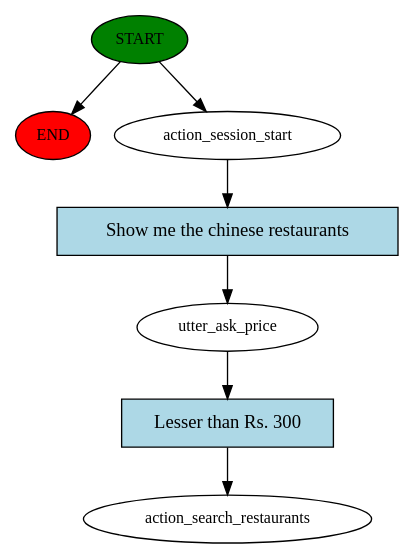
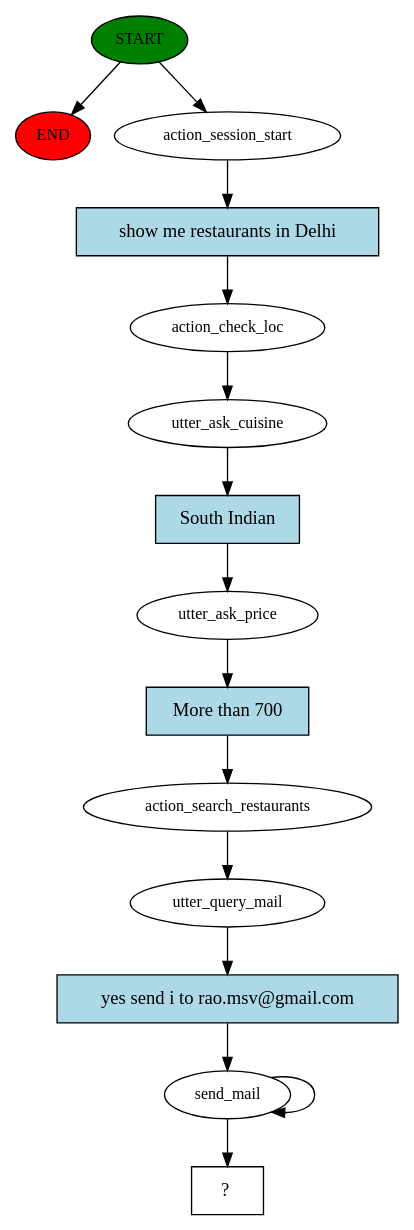
The diagram in story_graph.dot (pani007/ChatBotRasa), drawn with Graphviz before and after one commit. The commit also changed 2 other files, not shown here.

Commit message:
active model

```diff
--- a/story_graph.dot
+++ b/story_graph.dot
@@ -1,15 +1,30 @@
 digraph  {
 0 [class="start active", fillcolor=green, fontsize=12, label=START, style=filled];
 "-1" [class=end, fillcolor=red, fontsize=12, label=END, style=filled];
 1 [class=active, fontsize=12, label=action_session_start];
-2 [class=active, fontsize=12, label=utter_ask_price];
-3 [class="dashed active", fontsize=12, label=action_search_restaurants];
-4 [class="intent active", fillcolor=lightblue, label="Show me the chinese restaurants", shape=rect, style=filled];
-5 [class="intent active", fillcolor=lightblue, label="Lesser than Rs. 300", shape=rect, style=filled];
+2 [class=active, fontsize=12, label=action_check_loc];
+3 [class=active, fontsize=12, label=utter_ask_cuisine];
+4 [class=active, fontsize=12, label=utter_ask_price];
+5 [class=active, fontsize=12, label=action_search_restaurants];
+6 [class=active, fontsize=12, label=utter_query_mail];
+7 [class=active, fontsize=12, label=send_mail];
+9 [class="intent dashed active", label="  ?  ", shape=rect];
+10 [class="intent active", fillcolor=lightblue, label="show me restaurants in Delhi", shape=rect, style=filled];
+11 [class="intent active", fillcolor=lightblue, label="South Indian", shape=rect, style=filled];
+12 [class="intent active", fillcolor=lightblue, label="More than 700", shape=rect, style=filled];
+13 [class="intent active", fillcolor=lightblue, label="yes send i to rao.msv@gmail.com", shape=rect, style=filled];
 0 -> "-1"  [class="", key=NONE, label=""];
 0 -> 1  [class=active, key=NONE, label=""];
-1 -> 4  [class=active, key=0];
-2 -> 5  [class=active, key=0];
-4 -> 2  [class=active, key=0];
-5 -> 3  [class=active, key=0];
+1 -> 10  [class=active, key=0];
+2 -> 3  [class=active, key=NONE, label=""];
+3 -> 11  [class=active, key=0];
+4 -> 12  [class=active, key=0];
+5 -> 6  [class=active, key=NONE, label=""];
+6 -> 13  [class=active, key=0];
+7 -> 9  [class=active, key=NONE, label=""];
+7 -> 7  [class=active, key=NONE, label=""];
+10 -> 2  [class=active, key=0];
+11 -> 4  [class=active, key=0];
+12 -> 5  [class=active, key=0];
+13 -> 7  [class=active, key=0];
 }
```
